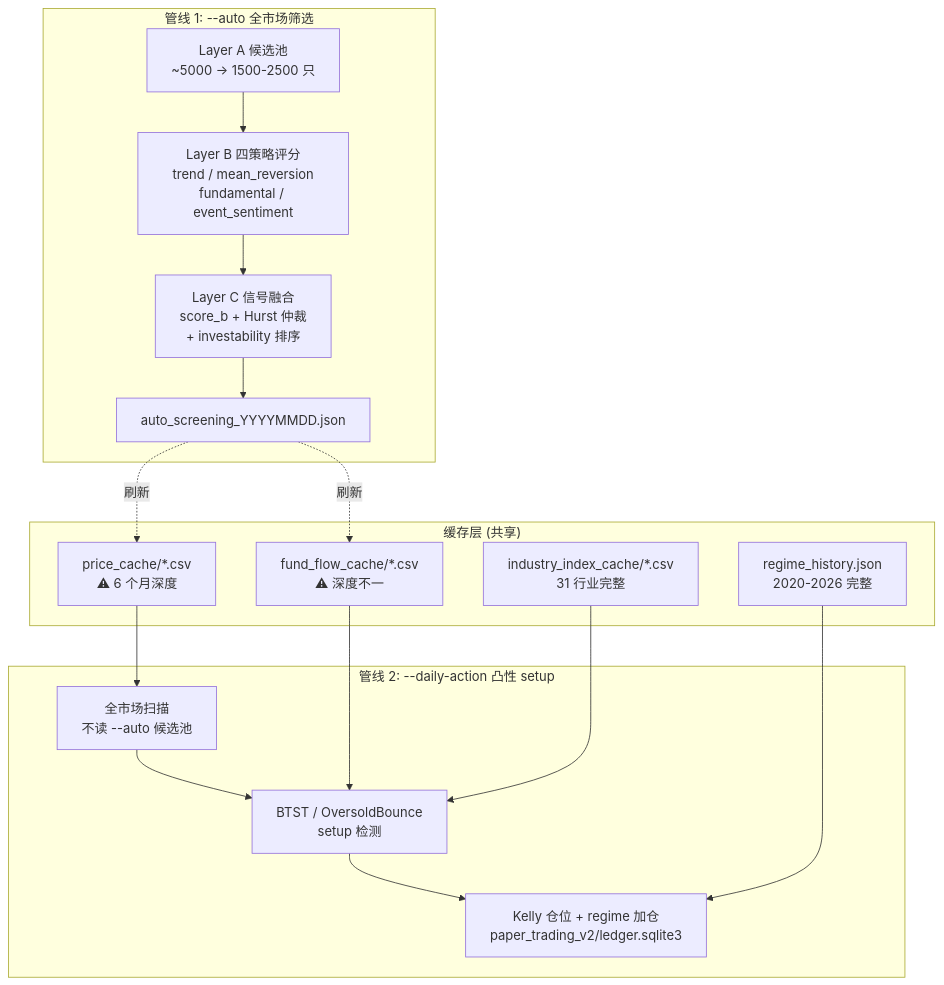
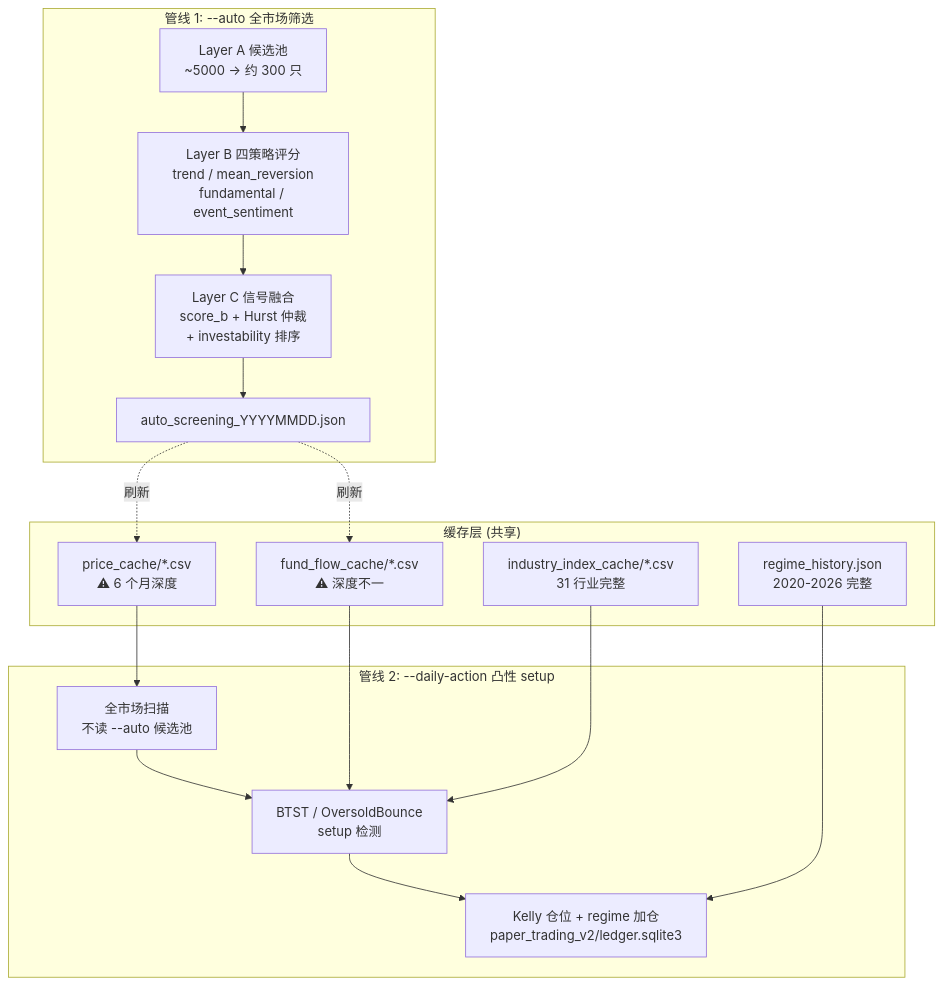
One commit to A1pha3/ai-hedge-fund changed the diagram in docs/cn/03-architecture/overview.md. Above: the diagram before and after it, drawn with Mermaid. The commit also changed other lines of this file and 24 other files, not shown here.

First line of the commit message:
Update user manual and architecture documentation

````diff
--- a/docs/cn/03-architecture/overview.md
+++ b/docs/cn/03-architecture/overview.md
@@ -20,31 +20,31 @@
 ```mermaid
 flowchart TB
     subgraph PIPE1["管线 1: --auto 全市场筛选"]
-        A1[Layer A 候选池<br/>~5000 → 1500-2500 只]
+        A1[Layer A 候选池<br/>~5000 → 约 300 只]
         A2[Layer B 四策略评分<br/>trend / mean_reversion<br/>fundamental / event_sentiment]
         A3[Layer C 信号融合<br/>score_b + Hurst 仲裁<br/>+ investability 排序]
         A4[auto_screening_YYYYMMDD.json]
         A1 --> A2 --> A3 --> A4
     end
 
     subgraph CACHE["缓存层 (共享)"]
         C1[price_cache/*.csv<br/>⚠ 6 个月深度]
         C2[fund_flow_cache/*.csv<br/>⚠ 深度不一]
         C3[regime_history.json<br/>2020-2026 完整]
         C4[industry_index_cache/*.csv<br/>31 行业完整]
     end
 
     subgraph PIPE2["管线 2: --daily-action 凸性 setup"]
         B1[全市场扫描<br/>不读 --auto 候选池]
         B2[BTST / OversoldBounce<br/>setup 检测]
         B3[Kelly 仓位 + regime 加仓<br/>paper_trading_v2/ledger.sqlite3]
         B1 --> B2 --> B3
     end
 
     A4 -.刷新.-> C1
     A4 -.刷新.-> C2
     C1 --> B1
     C2 --> B2
     C3 --> B3
     C4 --> B2
 ```
````
